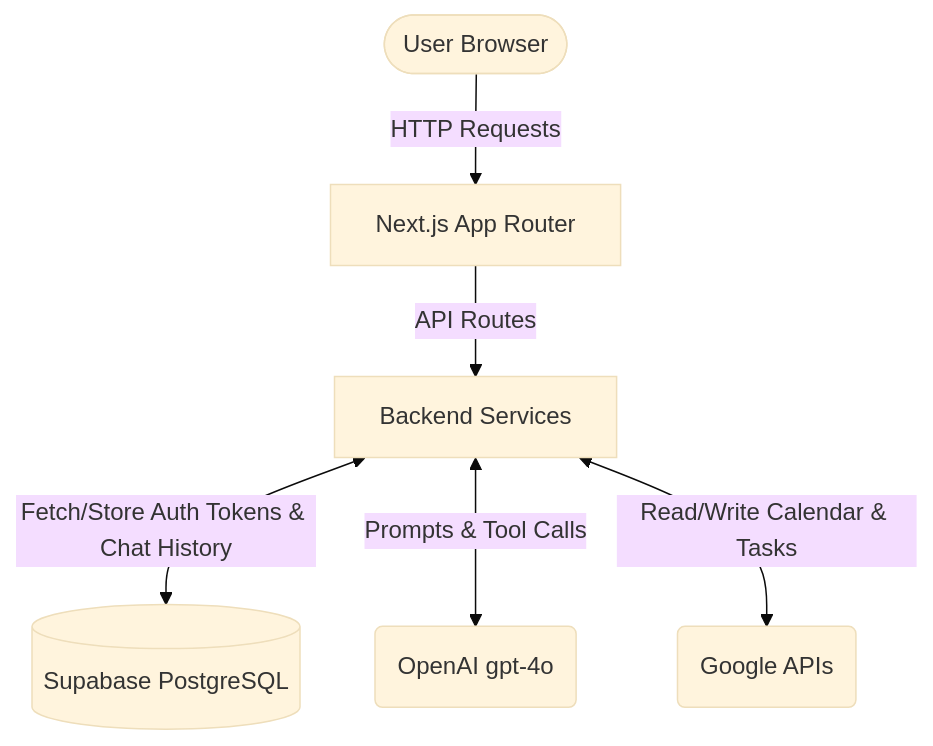
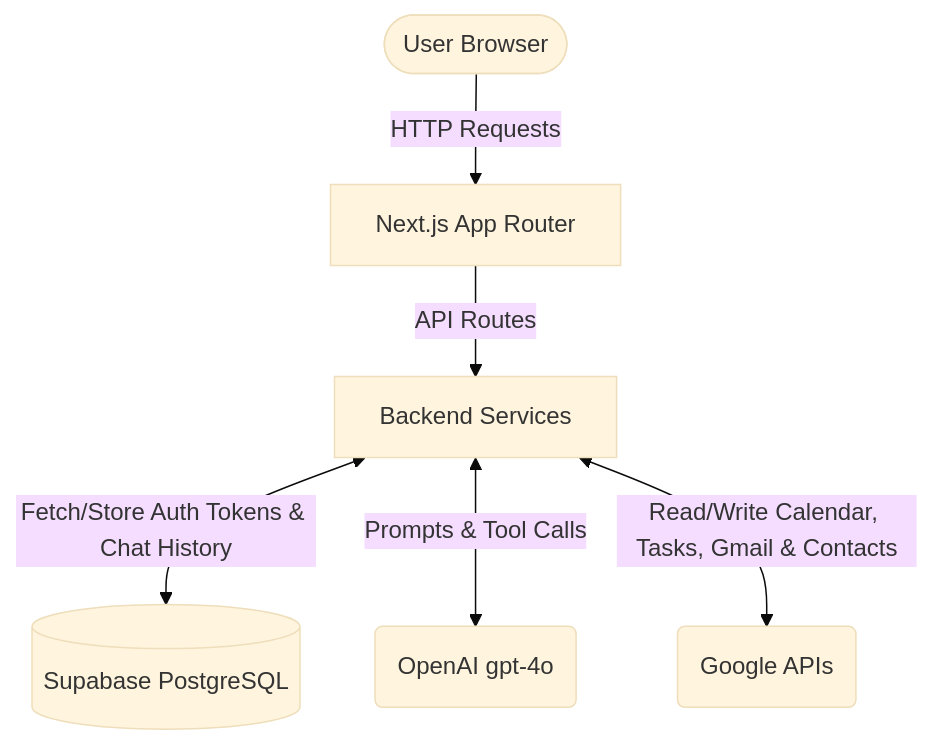
One commit to RagavRida/personal-assistant changed the diagram in ARCHITECTURE.md. Above: the diagram before and after it, drawn with Mermaid (base theme). The commit also changed other lines of this file and 10 other files, not shown here.

First line of the commit message:
feat: add Gmail and Google Contacts integrations

````diff
--- a/ARCHITECTURE.md
+++ b/ARCHITECTURE.md
@@ -15,9 +15,9 @@
 ```mermaid
 graph TD
     Client([User Browser]) -->|HTTP Requests| NextJS[Next.js App Router]
     NextJS -->|API Routes| Backend[Backend Services]
     
     Backend <-->|Fetch/Store Auth Tokens & Chat History| Supabase[(Supabase PostgreSQL)]
     Backend <-->|Prompts & Tool Calls| OpenAI(OpenAI gpt-4o)
-    Backend <-->|Read/Write Calendar & Tasks| Google(Google APIs)
+    Backend <-->|Read/Write Calendar, Tasks, Gmail & Contacts| Google(Google APIs)
 ```
````
